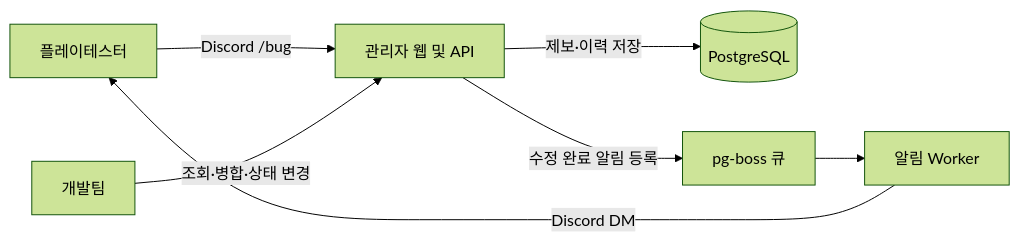
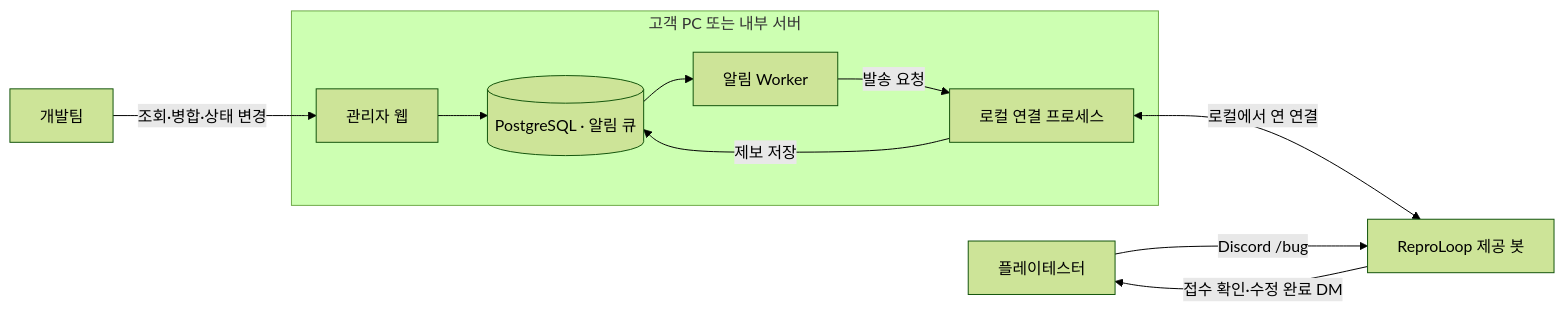
One commit to kyjglobal/reproloop changed the diagram in README.md. Above: the diagram before and after it, drawn with Mermaid (forest theme). The commit also changed other lines of this file and 2 other files, not shown here.

````diff
--- a/README.md
+++ b/README.md
@@ -28,9 +51,13 @@
 ```mermaid
 flowchart LR
-    Tester["플레이테스터"] -->|Discord /bug| Web["관리자 웹 및 API"]
+    Tester["플레이테스터"] -->|Discord /bug| Bot["ReproLoop 제공 봇"]
     Developer["개발팀"] -->|조회·병합·상태 변경| Web
-    Web -->|제보·이력 저장| DB[(PostgreSQL)]
-    Web -->|수정 완료 알림 등록| Queue["pg-boss 큐"]
-    Queue --> Worker["알림 Worker"]
-    Worker -->|Discord DM| Tester
+    subgraph Local["고객 PC 또는 내부 서버"]
+        Web["관리자 웹"] --> DB[("PostgreSQL · 알림 큐")]
+        Connector["로컬 연결 프로세스"] -->|제보 저장| DB
+        DB --> Worker["알림 Worker"]
+        Worker -->|발송 요청| Connector
+    end
+    Connector <-->|로컬에서 연 연결| Bot
+    Bot -->|접수 확인·수정 완료 DM| Tester
 ```
````
